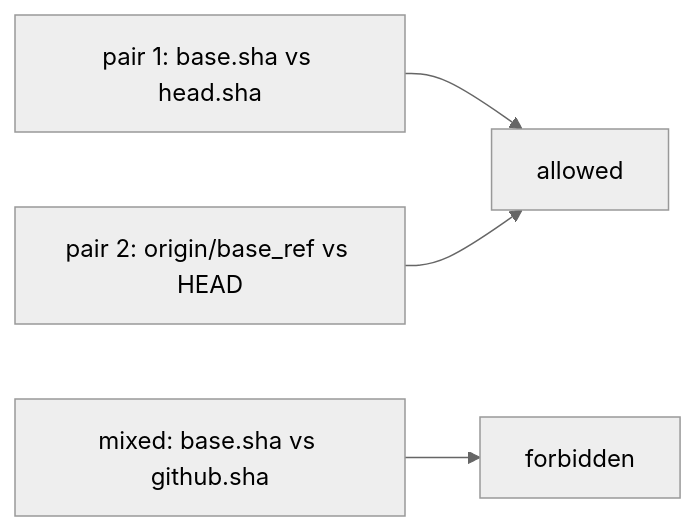
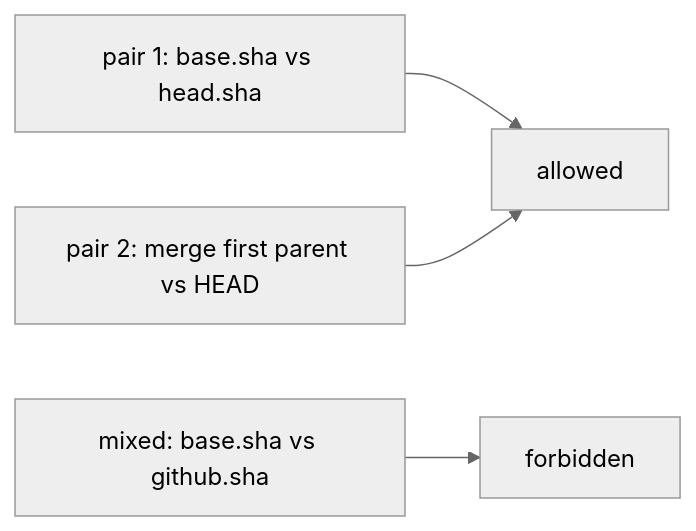
One commit to vouchington/vouchington changed the diagram in docs/development/reference-ci-workflow-topology-contracts.md. Above: the diagram before and after it, drawn with Mermaid (neutral theme). The commit also changed other lines of this file and 10 other files, not shown here.

````diff
--- a/docs/development/reference-ci-workflow-topology-contracts.md
+++ b/docs/development/reference-ci-workflow-topology-contracts.md
@@ -41,6 +46,6 @@
 ```mermaid
 flowchart LR
   pair1["pair 1: base.sha vs head.sha"] --> allowed[allowed]
-  pair2["pair 2: origin/base_ref vs HEAD"] --> allowed
+  pair2["pair 2: merge first parent vs HEAD"] --> allowed
   mixed["mixed: base.sha vs github.sha"] --> forbidden[forbidden]
 ```
````
